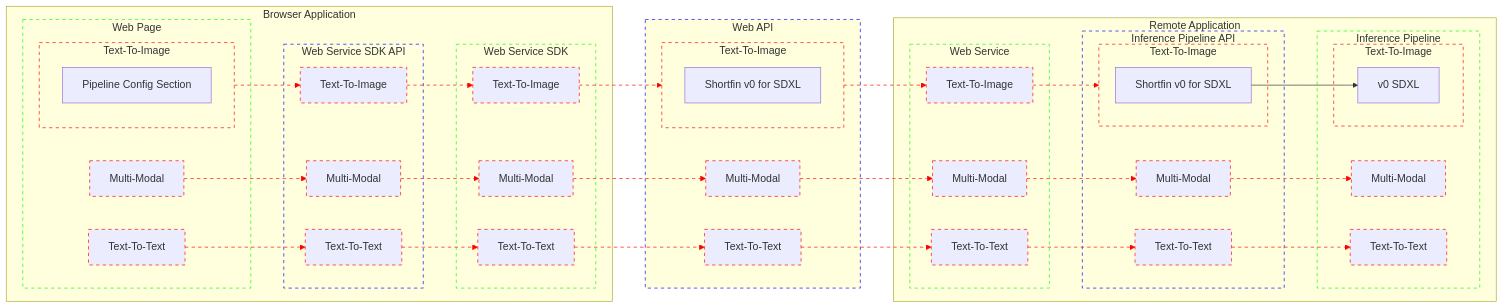
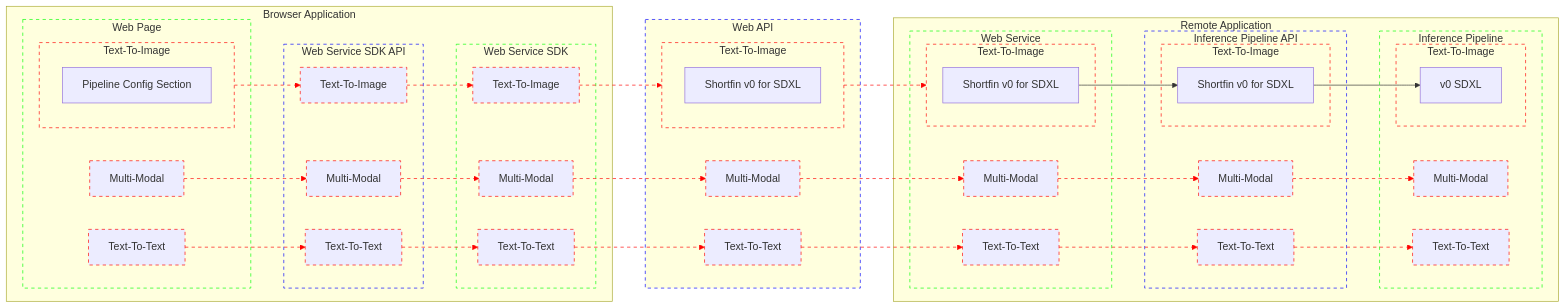
The diagram in docs/webAPI/architecture.mmd (bjacobgordon/shark-ui), drawn with Mermaid before and after one commit.

Commit message:
step(SDXL): connects web service via inference pipeline API

```diff
--- a/docs/webAPI/architecture.mmd
+++ b/docs/webAPI/architecture.mmd
@@ -1,166 +1,167 @@
 flowchart LR
   classDef Contract          stroke: #00F, stroke-dasharray: 5
   classDef ApplicationModule stroke: #0F0, stroke-dasharray: 5
   classDef InferenceModality stroke: #F00, stroke-dasharray: 5
 
   subgraph BrowserApplication[Browser Application]
     subgraph BrowserApplication_WebPage[Web Page]
       subgraph BrowserApplication_WebPage_TextToImage[Text-To-Image]
         BrowserApplication_WebPage_TextToImage_PipelineConfigSection[Pipeline Config Section]
       end
       class BrowserApplication_WebPage_TextToImage InferenceModality
 
       BrowserApplication_WebPage_MultiModal[Multi-Modal]
       class BrowserApplication_WebPage_MultiModal InferenceModality
 
       BrowserApplication_WebPage_TextToText[Text-To-Text]
       class BrowserApplication_WebPage_TextToText InferenceModality
     end
     class BrowserApplication_WebPage ApplicationModule
 
 
     BrowserApplication_WebPage_TextToImage BrowserApplication_WebPage__TextToImage__BrowserApplication_WebServiceSDK_API@--> BrowserApplication_WebServiceSDK_API_TextToImage
     class BrowserApplication_WebPage_TextToImage InferenceModality
     class BrowserApplication_WebPage__TextToImage__BrowserApplication_WebServiceSDK_API InferenceModality
 
     BrowserApplication_WebPage_MultiModal BrowserApplication_WebPage__MultiModal__BrowserApplication_WebServiceSDK_API@--> BrowserApplication_WebServiceSDK_API_MultiModal
     class BrowserApplication_WebPage__MultiModal__BrowserApplication_WebServiceSDK_API InferenceModality
 
     BrowserApplication_WebPage_TextToText BrowserApplication_WebPage__TextToText__BrowserApplication_WebServiceSDK_API@--> BrowserApplication_WebServiceSDK_API_TextToText
     class BrowserApplication_WebPage__TextToText__BrowserApplication_WebServiceSDK_API InferenceModality
 
 
     subgraph BrowserApplication_WebServiceSDK_API[Web Service SDK API]
       BrowserApplication_WebServiceSDK_API_TextToImage[Text-To-Image]
       class BrowserApplication_WebServiceSDK_API_TextToImage InferenceModality
 
       BrowserApplication_WebServiceSDK_API_MultiModal[Multi-Modal]
       class BrowserApplication_WebServiceSDK_API_MultiModal InferenceModality
 
       BrowserApplication_WebServiceSDK_API_TextToText[Text-To-Text]
       class BrowserApplication_WebServiceSDK_API_TextToText InferenceModality
     end
     class BrowserApplication_WebServiceSDK_API Contract
 
 
     BrowserApplication_WebServiceSDK_API_TextToImage BrowserApplication_WebServiceSDK_API__TextToImage__BrowserApplication_WebServiceSDK@--> BrowserApplication_WebServiceSDK_TextToImage
     class BrowserApplication_WebServiceSDK_API__TextToImage__BrowserApplication_WebServiceSDK InferenceModality
 
     BrowserApplication_WebServiceSDK_API_MultiModal BrowserApplication_WebServiceSDK_API__MultiModal__BrowserApplication_WebServiceSDK@--> BrowserApplication_WebServiceSDK_MultiModal
     class BrowserApplication_WebServiceSDK_API__MultiModal__BrowserApplication_WebServiceSDK InferenceModality
 
     BrowserApplication_WebServiceSDK_API_TextToText BrowserApplication_WebServiceSDK_API__TextToText__BrowserApplication_WebServiceSDK@--> BrowserApplication_WebServiceSDK_TextToText
     class BrowserApplication_WebServiceSDK_API__TextToText__BrowserApplication_WebServiceSDK InferenceModality
 
 
     subgraph BrowserApplication_WebServiceSDK[Web Service SDK]
       BrowserApplication_WebServiceSDK_TextToImage[Text-To-Image]
       class BrowserApplication_WebServiceSDK_TextToImage InferenceModality
 
       BrowserApplication_WebServiceSDK_MultiModal[Multi-Modal]
       class BrowserApplication_WebServiceSDK_MultiModal InferenceModality
 
       BrowserApplication_WebServiceSDK_TextToText[Text-To-Text]
       class BrowserApplication_WebServiceSDK_TextToText InferenceModality
     end
     class BrowserApplication_WebServiceSDK ApplicationModule
   end
 
 
   BrowserApplication_WebServiceSDK_TextToImage BrowserApplication_WebServiceSDK__TextToImage__WebAPI@--> WebAPI_TextToImage
   class BrowserApplication_WebServiceSDK__TextToImage__WebAPI InferenceModality
 
   BrowserApplication_WebServiceSDK_MultiModal BrowserApplication_WebServiceSDK__MultiModal__WebAPI@--> WebAPI_MultiModal
   class BrowserApplication_WebServiceSDK__MultiModal__WebAPI InferenceModality
 
   BrowserApplication_WebServiceSDK_TextToText BrowserApplication_WebServiceSDK__TextToText__WebAPI@--> WebAPI_TextToText
   class BrowserApplication_WebServiceSDK__TextToText__WebAPI InferenceModality
 
 
   subgraph WebAPI[Web API]
     subgraph WebAPI_TextToImage[Text-To-Image]
       WebAPI_TextToImage_Shortfin_v0_SDXL[Shortfin v0 for SDXL]
     end
     class WebAPI_TextToImage InferenceModality
 
     WebAPI_MultiModal[Multi-Modal]
     class WebAPI_MultiModal InferenceModality
 
     WebAPI_TextToText[Text-To-Text]
     class WebAPI_TextToText InferenceModality
   end
   class WebAPI Contract
 
 
   WebAPI_TextToImage WebAPI__TextToImage__RemoteApplication_WebService@--> RemoteApplication_WebService_TextToImage
   class WebAPI__TextToImage__RemoteApplication_WebService InferenceModality
 
   WebAPI_MultiModal WebAPI__MultiModal__RemoteApplication_WebService@--> RemoteApplication_WebService_MultiModal
   class WebAPI__MultiModal__RemoteApplication_WebService InferenceModality
 
   WebAPI_TextToText WebAPI__TextToText__RemoteApplication_WebService@--> RemoteApplication_WebService_TextToText
   class WebAPI__TextToText__RemoteApplication_WebService InferenceModality
 
 
   subgraph RemoteApplication[Remote Application]
     subgraph RemoteApplication_WebService[Web Service]
-      RemoteApplication_WebService_TextToImage[Text-To-Image]
+      subgraph RemoteApplication_WebService_TextToImage[Text-To-Image]
+        RemoteApplication_WebService_TextToImage_Shortfin_v0_SDXL[Shortfin v0 for SDXL]
+      end
       class RemoteApplication_WebService_TextToImage InferenceModality
 
       RemoteApplication_WebService_MultiModal[Multi-Modal]
       class RemoteApplication_WebService_MultiModal InferenceModality
 
       RemoteApplication_WebService_TextToText[Text-To-Text]
       class RemoteApplication_WebService_TextToText InferenceModality
     end
     class RemoteApplication_WebService ApplicationModule
 
 
-    RemoteApplication_WebService_TextToImage RemoteApplication_WebService__TextToImage__RemoteApplication_InferencePipeline_API@--> RemoteApplication_InferencePipeline_API_TextToImage
-    class RemoteApplication_WebService__TextToImage__RemoteApplication_InferencePipeline_API InferenceModality
+    RemoteApplication_WebService_TextToImage_Shortfin_v0_SDXL --> RemoteApplication_InferencePipeline_API_TextToImage_Shortfin_v0_SDXL
 
     RemoteApplication_WebService_MultiModal RemoteApplication_WebService__MultiModal__RemoteApplication_InferencePipeline_API@--> RemoteApplication_InferencePipeline_API_MultiModal
     class RemoteApplication_WebService__MultiModal__RemoteApplication_InferencePipeline_API InferenceModality
 
     RemoteApplication_WebService_TextToText RemoteApplication_WebService__TextToText__RemoteApplication_InferencePipeline_API@--> RemoteApplication_InferencePipeline_API_TextToText
     class RemoteApplication_WebService__TextToText__RemoteApplication_InferencePipeline_API InferenceModality
 
 
     subgraph RemoteApplication_InferencePipeline_API[Inference Pipeline API]
       subgraph RemoteApplication_InferencePipeline_API_TextToImage[Text-To-Image]
         RemoteApplication_InferencePipeline_API_TextToImage_Shortfin_v0_SDXL[Shortfin v0 for SDXL]
       end
       class RemoteApplication_InferencePipeline_API_TextToImage InferenceModality
 
       RemoteApplication_InferencePipeline_API_MultiModal[Multi-Modal]
       class RemoteApplication_InferencePipeline_API_MultiModal InferenceModality
 
       RemoteApplication_InferencePipeline_API_TextToText[Text-To-Text]
       class RemoteApplication_InferencePipeline_API_TextToText InferenceModality
     end
     class RemoteApplication_InferencePipeline_API Contract
 
 
     RemoteApplication_InferencePipeline_API_TextToImage_Shortfin_v0_SDXL --> RemoteApplication_InferencePipeline_TextToImage_SDXL
 
     RemoteApplication_InferencePipeline_API_MultiModal RemoteApplication_InferencePipeline_API__MultiModal__RemoteApplication_InferencePipeline@--> RemoteApplication_InferencePipeline_MultiModal
     class RemoteApplication_InferencePipeline_API__MultiModal__RemoteApplication_InferencePipeline InferenceModality
 
     RemoteApplication_InferencePipeline_API_TextToText RemoteApplication_InferencePipeline_API__TextToText__RemoteApplication_InferencePipeline@--> RemoteApplication_InferencePipeline_TextToText
     class RemoteApplication_InferencePipeline_API__TextToText__RemoteApplication_InferencePipeline InferenceModality
 
 
     subgraph RemoteApplication_InferencePipeline[Inference Pipeline]
       subgraph RemoteApplication_InferencePipeline_TextToImage[Text-To-Image]
         RemoteApplication_InferencePipeline_TextToImage_SDXL[v0 SDXL]
       end
       class RemoteApplication_InferencePipeline_TextToImage InferenceModality
 
       RemoteApplication_InferencePipeline_MultiModal[Multi-Modal]
       class RemoteApplication_InferencePipeline_MultiModal InferenceModality
 
       RemoteApplication_InferencePipeline_TextToText[Text-To-Text]
       class RemoteApplication_InferencePipeline_TextToText InferenceModality
     end
     class RemoteApplication_InferencePipeline ApplicationModule
   end
```
